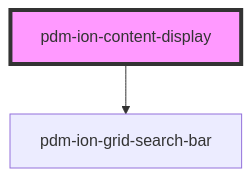
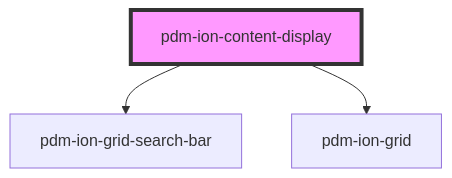
Before and after one commit to PharmaLedger-IMI/fgt-workspace: the diagram in pdm-web-components/src/components/pdm-ion-content-display/readme.md, drawn with Mermaid. The commit also changed other lines of this file and 2 other files, not shown here.

Commit message:
refs #59 content display gets the list of keys to be rendered

````diff
--- a/pdm-web-components/src/components/pdm-ion-content-display/readme.md
+++ b/pdm-web-components/src/components/pdm-ion-content-display/readme.md
@@ -40,5 +42,6 @@
 ```mermaid
 graph TD;
   pdm-ion-content-display --> pdm-ion-grid-search-bar
+  pdm-ion-content-display --> pdm-ion-grid
   style pdm-ion-content-display fill:#f9f,stroke:#333,stroke-width:4px
 ```
````
